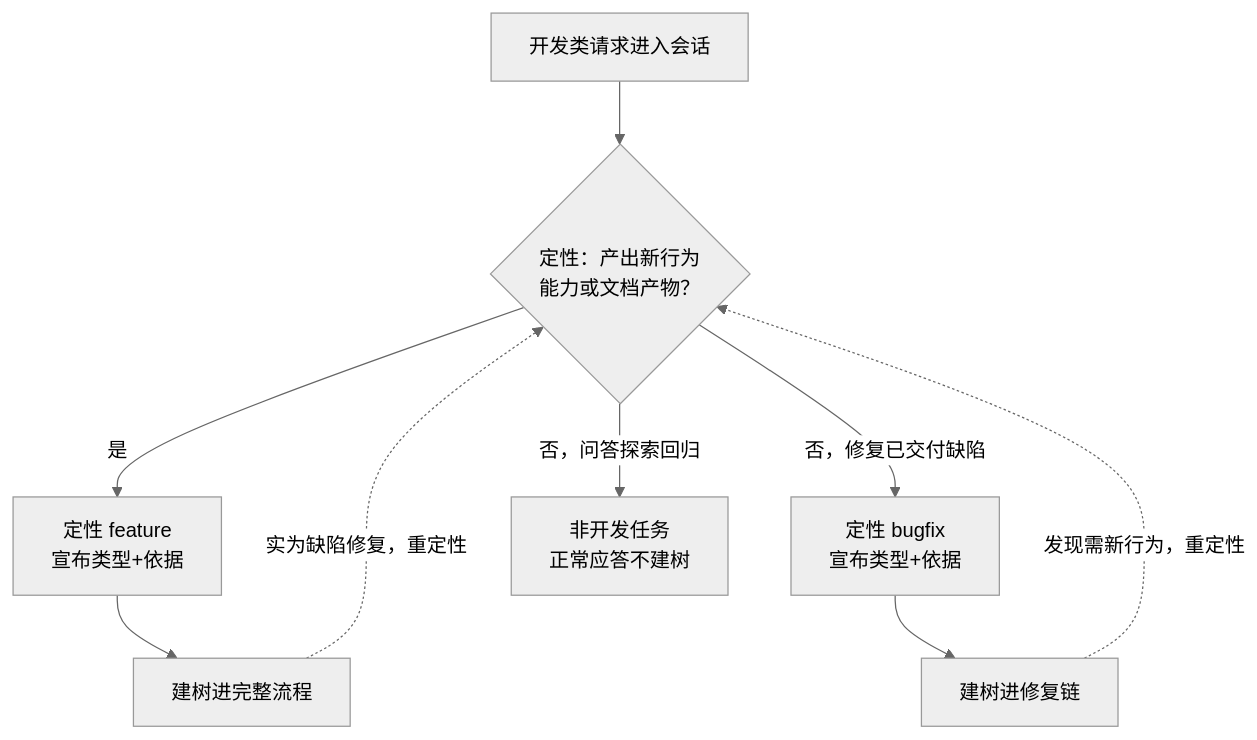
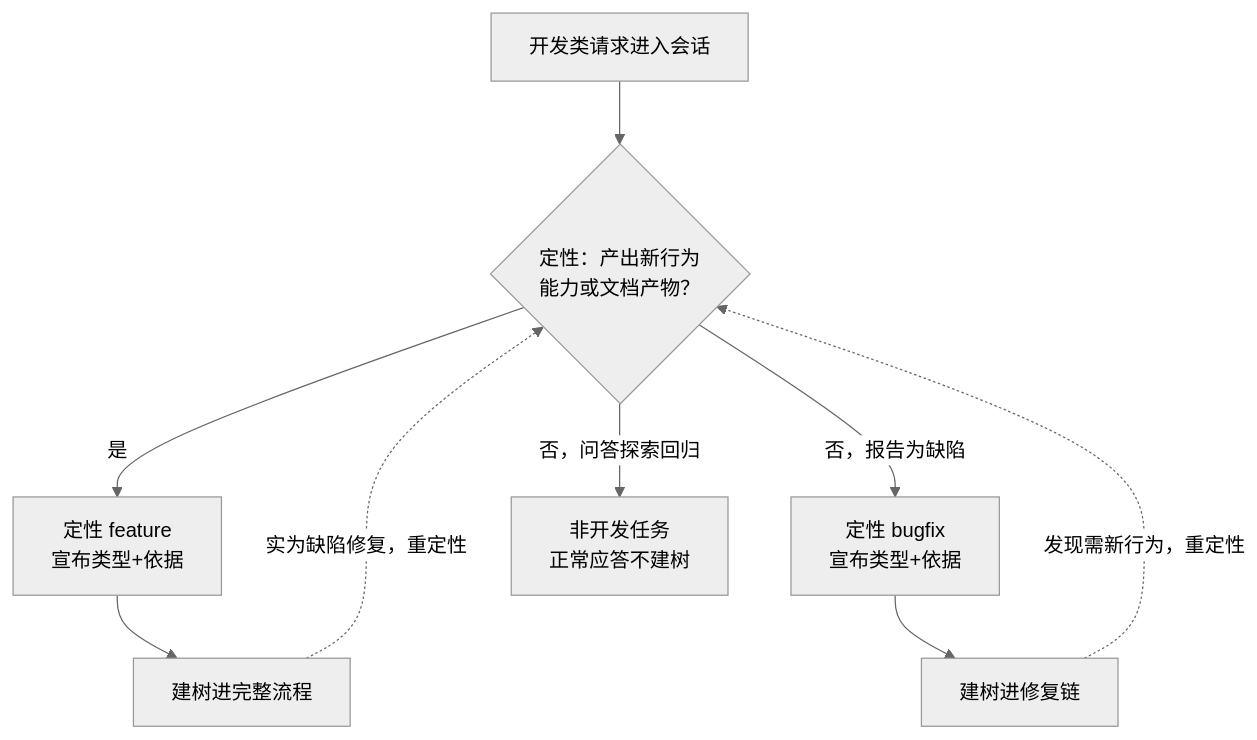
One commit to chuxiao/superpowers changed the first of 4 diagrams in docs/superpowers/specs/2026-11-04-workflow-discipline-hardening/design.md. Above: the diagram before and after it, drawn with Mermaid (neutral theme). The commit also changed other lines of this file and 5 other files, not shown here.

````diff
--- a/docs/superpowers/specs/2026-11-04-workflow-discipline-hardening/design.md
+++ b/docs/superpowers/specs/2026-11-04-workflow-discipline-hardening/design.md
@@ -67,11 +67,11 @@
 ```mermaid
 flowchart TD
     IN["开发类请求进入会话"] --> Q{"定性：产出新行为<br/>能力或文档产物？"}
     Q -->|"是"| F["定性 feature<br/>宣布类型+依据"]
-    Q -->|"否，修复已交付缺陷"| B["定性 bugfix<br/>宣布类型+依据"]
+    Q -->|"否，报告为缺陷"| B["定性 bugfix<br/>宣布类型+依据"]
     Q -->|"否，问答探索回归"| N["非开发任务<br/>正常应答不建树"]
     F --> TF["建树进完整流程"]
     B --> TB["建树进修复链"]
     TB -.->|"发现需新行为，重定性"| Q
     TF -.->|"实为缺陷修复，重定性"| Q
 ```
````
